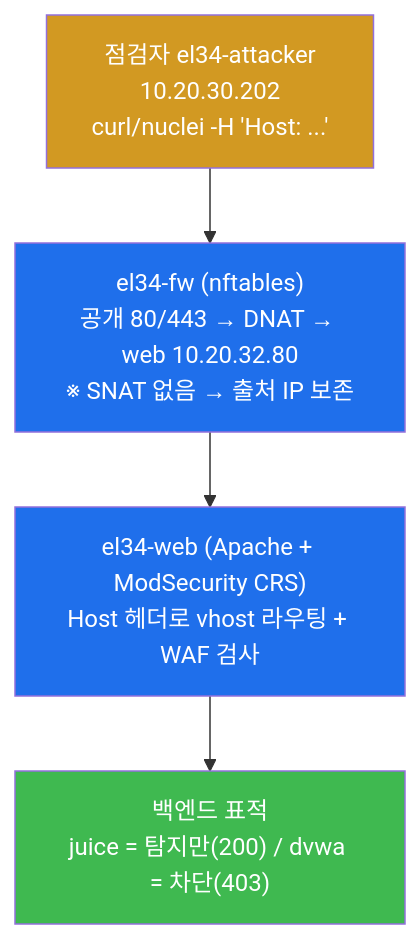
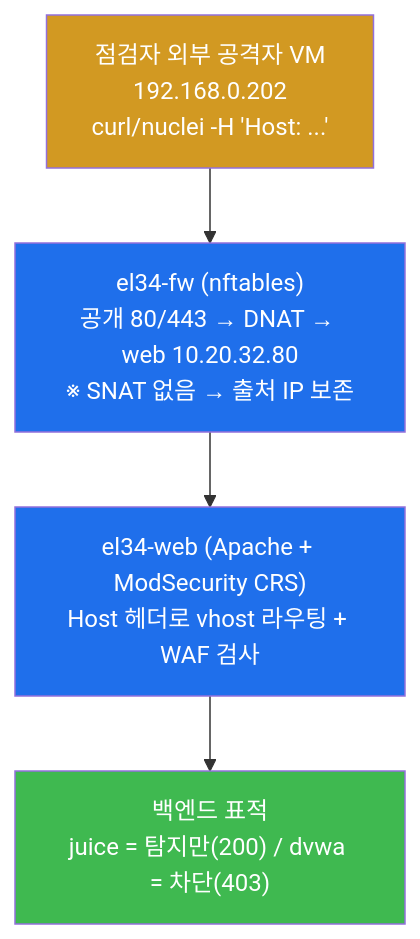
The eighth of 10 diagrams in contents/training/web-vuln/lecture_week15.md (mrgrit/tw2), drawn with Mermaid before and after one commit. The commit also changed other lines of this file and 304 other files, not shown here.

````diff
--- a/contents/training/web-vuln/lecture_week15.md
+++ b/contents/training/web-vuln/lecture_week15.md
@@ -452,12 +452,12 @@
 ```mermaid
 graph TD
-    ATK["점검자 el34-attacker<br/>10.20.30.202<br/>curl/nuclei -H 'Host: ...'"]
+    ATK["점검자 외부 공격자 VM<br/>192.168.0.202<br/>curl/nuclei -H 'Host: ...'"]
     FW["el34-fw (nftables)<br/>공개 80/443 → DNAT → web 10.20.32.80<br/>※ SNAT 없음 → 출처 IP 보존"]
     WEB["el34-web (Apache + ModSecurity CRS)<br/>Host 헤더로 vhost 라우팅 + WAF 검사"]
     APP["백엔드 표적<br/>juice = 탐지만(200) / dvwa = 차단(403)"]
     ATK --> FW --> WEB --> APP
     style ATK fill:#d29922,color:#fff
     style FW fill:#1f6feb,color:#fff
     style WEB fill:#1f6feb,color:#fff
     style APP fill:#3fb950,color:#fff
 ```
````
